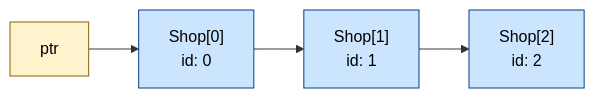
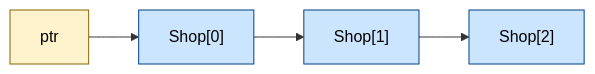
Before and after one commit to sakshamsontakke/Mastering-CPP: diagram 11 of 22 in 02-Object-Oriented-Programming/40_masteringPointersAndDynamicMemory.md, drawn with Mermaid. The commit also changed other lines of this file, not shown here.

````diff
--- a/02-Object-Oriented-Programming/40_masteringPointersAndDynamicMemory.md
+++ b/02-Object-Oriented-Programming/40_masteringPointersAndDynamicMemory.md
@@ -425,11 +421,11 @@
 ```mermaid
 graph LR
-    PTR["ptr"] --> S0["Shop[0]\nid: 0"]
-    S0 --> S1["Shop[1]\nid: 1"]
-    S1 --> S2["Shop[2]\nid: 2"]
+    PTR["ptr"] --> S0["Shop[0]"]
+    S0 --> S1["Shop[1]"]
+    S1 --> S2["Shop[2]"]
 
     style PTR fill:#fff3cd,stroke:#856404,color:#000
     style S0 fill:#cce5ff,stroke:#004085,color:#000
     style S1 fill:#cce5ff,stroke:#004085,color:#000
     style S2 fill:#cce5ff,stroke:#004085,color:#000
 ```
````
